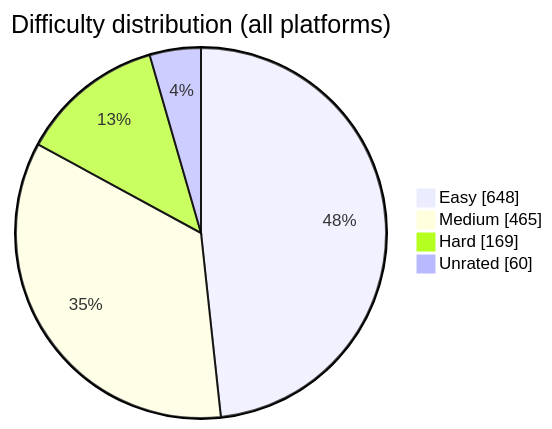
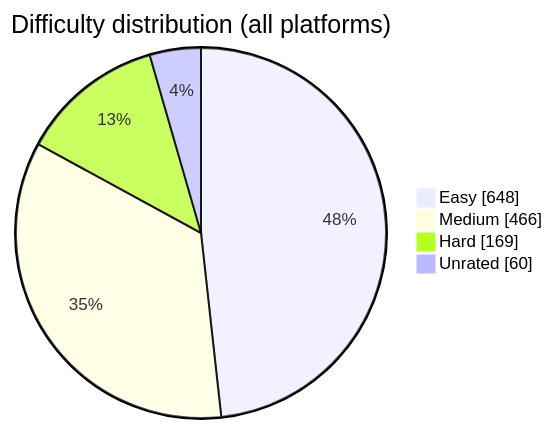
The diagram in README.md (BuildbyArindam/Daily-Coding-Log), drawn with Mermaid before and after one commit. The commit also changed other lines of this file, not shown here.

````diff
--- a/README.md
+++ b/README.md
@@ -93,7 +93,7 @@
 ```mermaid
 pie showData title Difficulty distribution (all platforms)
     "Easy" : 648
-    "Medium" : 465
+    "Medium" : 466
     "Hard" : 169
     "Unrated" : 60
 ```
````
